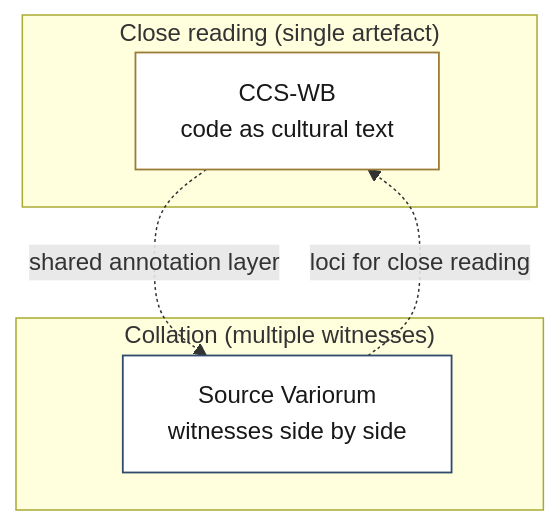
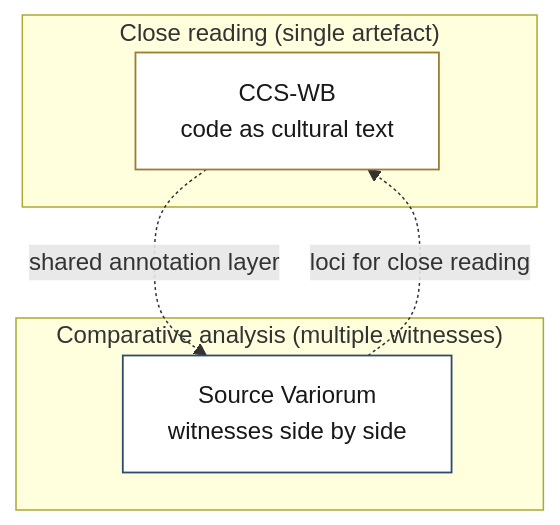
The diagram in profile/README.md (Computational-Hermeneutics/.github), drawn with Mermaid before and after one commit. The commit also changed other lines of this file, not shown here.

Commit message:
Profile: second method 'Collation' -> 'Comparative analysis' (keep collation as the operation)

````diff
--- a/profile/README.md
+++ b/profile/README.md
@@ -42,18 +42,18 @@
 ```mermaid
 graph TB
   subgraph reading["Close reading (single artefact)"]
     C["CCS-WB\ncode as cultural text"]
   end
 
-  subgraph collation["Collation (multiple witnesses)"]
+  subgraph collation["Comparative analysis (multiple witnesses)"]
     S["Source Variorum\nwitnesses side by side"]
   end
 
   C -.shared annotation layer.-> S
   S -.loci for close reading.-> C
 
   classDef reading fill:#ffffff,stroke:#9c7c34,color:#181818,stroke-width:1.2px;
   classDef collation fill:#ffffff,stroke:#2f4a6b,color:#181818,stroke-width:1.2px;
   class C reading;
   class S collation;
 ```
````
